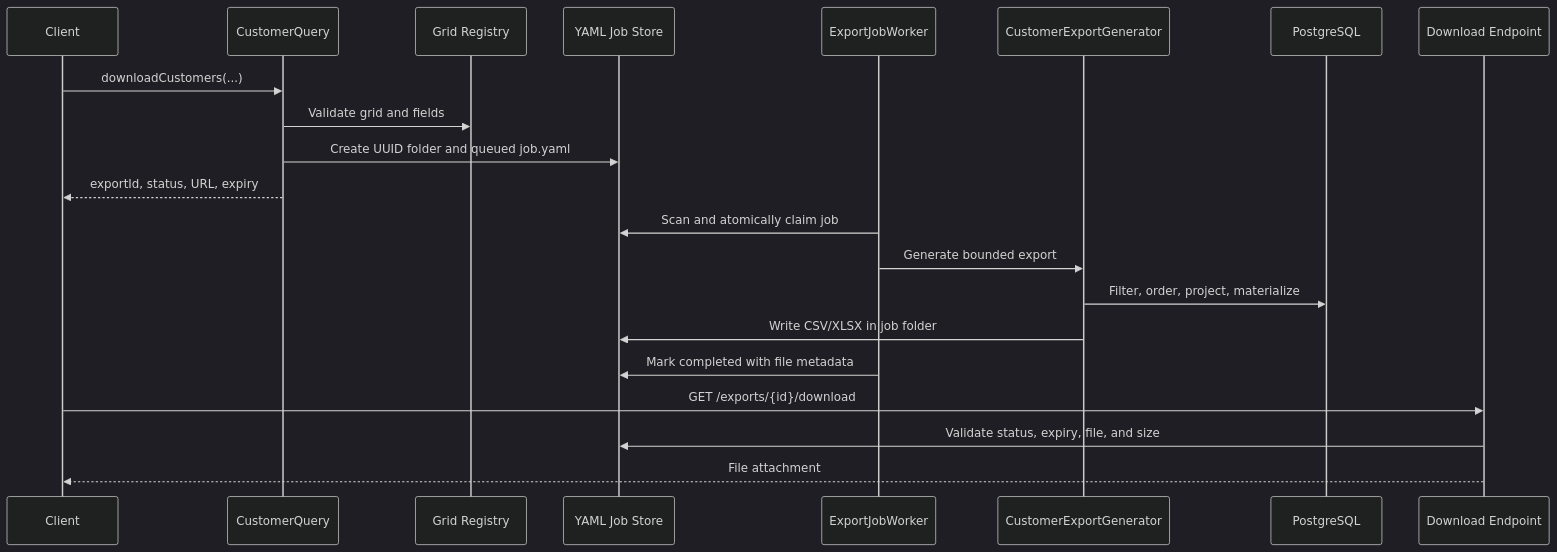
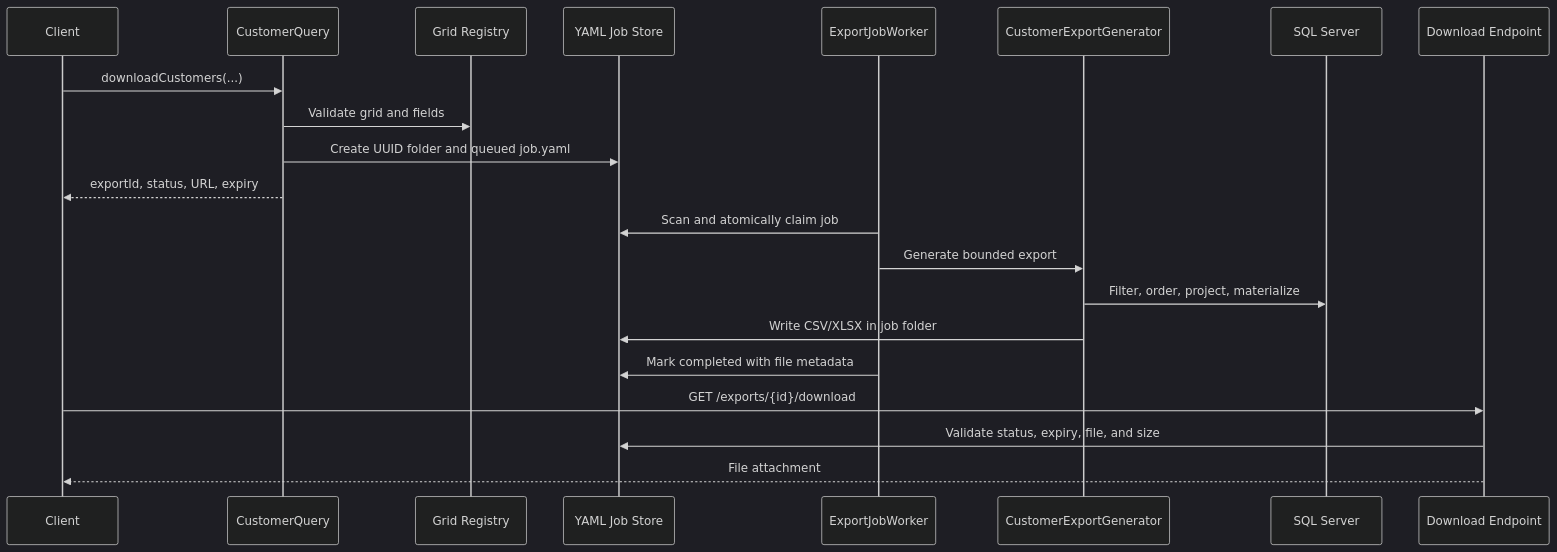
The fourth of 5 diagrams in docs/architecture.md (rage6c/graphql-single-entity), drawn with Mermaid (dark theme) before and after one commit. The commit also changed other lines of this file and 20 other files, not shown here.

Commit message:
migrate sample runtime to SQL Server

````diff
--- a/docs/architecture.md
+++ b/docs/architecture.md
@@ -142,24 +142,24 @@
 ```mermaid
 sequenceDiagram
     participant Client
     participant Query as CustomerQuery
     participant Grid as Grid Registry
     participant Store as YAML Job Store
     participant Worker as ExportJobWorker
     participant Generator as CustomerExportGenerator
-    participant DB as PostgreSQL
+    participant DB as SQL Server
     participant REST as Download Endpoint
 
     Client->>Query: downloadCustomers(...)
     Query->>Grid: Validate grid and fields
     Query->>Store: Create UUID folder and queued job.yaml
     Query-->>Client: exportId, status, URL, expiry
     Worker->>Store: Scan and atomically claim job
     Worker->>Generator: Generate bounded export
     Generator->>DB: Filter, order, project, materialize
     Generator->>Store: Write CSV/XLSX in job folder
     Worker->>Store: Mark completed with file metadata
     Client->>REST: GET /exports/{id}/download
     REST->>Store: Validate status, expiry, file, and size
     REST-->>Client: File attachment
 ```
````
